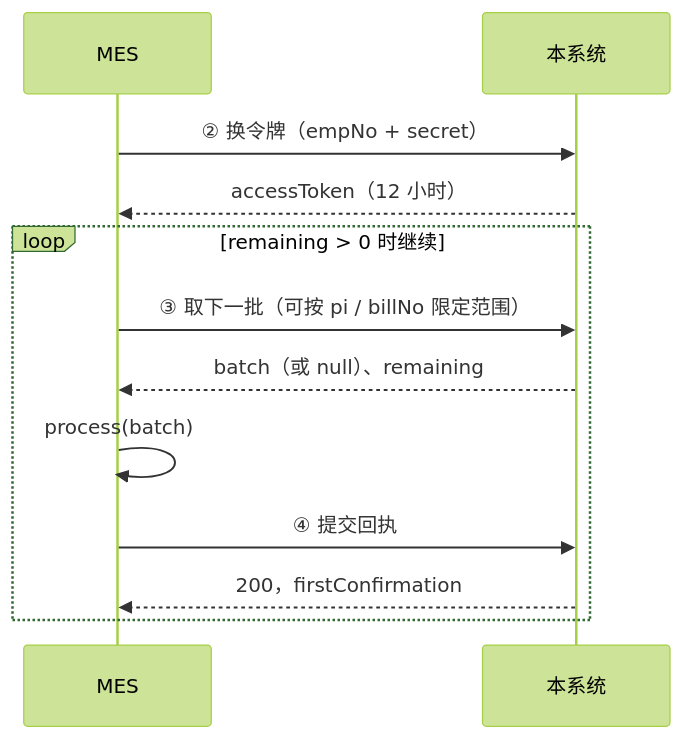
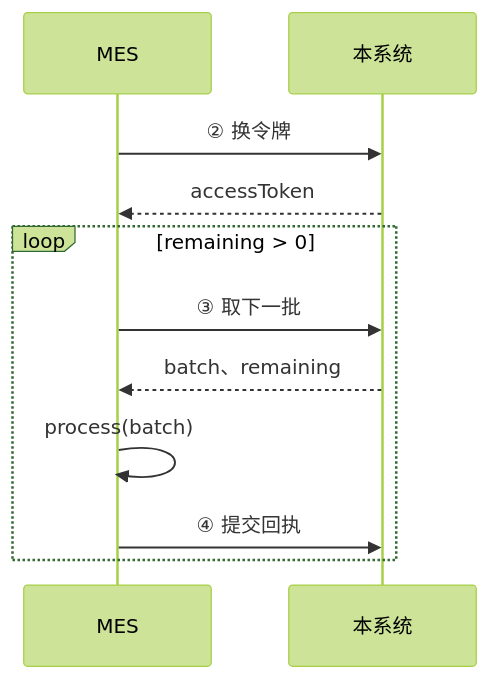
One commit to Createsnow/sn-center changed the second of 2 diagrams in docs/SN 防重管控 · MES 对接说明（精简版）.md. Above: the diagram before and after it, drawn with Mermaid (forest theme). The commit also changed other lines of this file and 3 other files, not shown here.

````diff
--- a/docs/SN 防重管控 · MES 对接说明（精简版）.md
+++ b/docs/SN 防重管控 · MES 对接说明（精简版）.md
@@ -172,14 +73,13 @@
 ```mermaid
 sequenceDiagram
   participant M as MES
   participant S as 本系统
-  M->>S: ② 换令牌（empNo + secret）
-  S-->>M: accessToken（12 小时）
-  loop remaining > 0 时继续
-    M->>S: ③ 取下一批（可按 pi / billNo 限定范围）
-    S-->>M: batch（或 null）、remaining
+  M->>S: ② 换令牌
+  S-->>M: accessToken
+  loop remaining > 0
+    M->>S: ③ 取下一批
+    S-->>M: batch、remaining
     M->>M: process(batch)
     M->>S: ④ 提交回执
-    S-->>M: 200，firstConfirmation
   end
 ```
````
